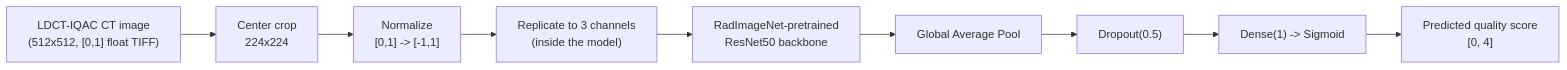
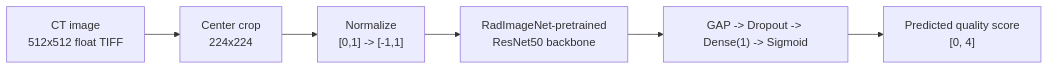
The diagram in README.md (Surya-Hariharan/Deep-Learning-for-CT-Image-Quality-Assessment), drawn with Mermaid before and after one commit. The commit also changed other lines of this file and 7 other files, not shown here.

````diff
--- a/README.md
+++ b/README.md
@@ -26,11 +24,8 @@
 ```mermaid
 flowchart LR
-    A["LDCT-IQAC CT image\n(512x512, [0,1] float TIFF)"] --> B["Center crop\n224x224"]
+    A["CT image\n512x512 float TIFF"] --> B["Center crop\n224x224"]
     B --> C["Normalize\n[0,1] -> [-1,1]"]
-    C --> D["Replicate to 3 channels\n(inside the model)"]
-    D --> E["RadImageNet-pretrained\nResNet50 backbone"]
-    E --> F["Global Average Pool"]
-    F --> G["Dropout(0.5)"]
-    G --> H["Dense(1) -> Sigmoid"]
-    H --> I["Predicted quality score\n[0, 4]"]
+    C --> D["RadImageNet-pretrained\nResNet50 backbone"]
+    D --> E["GAP -> Dropout -> Dense(1) -> Sigmoid"]
+    E --> F["Predicted quality score\n[0, 4]"]
 ```
````
